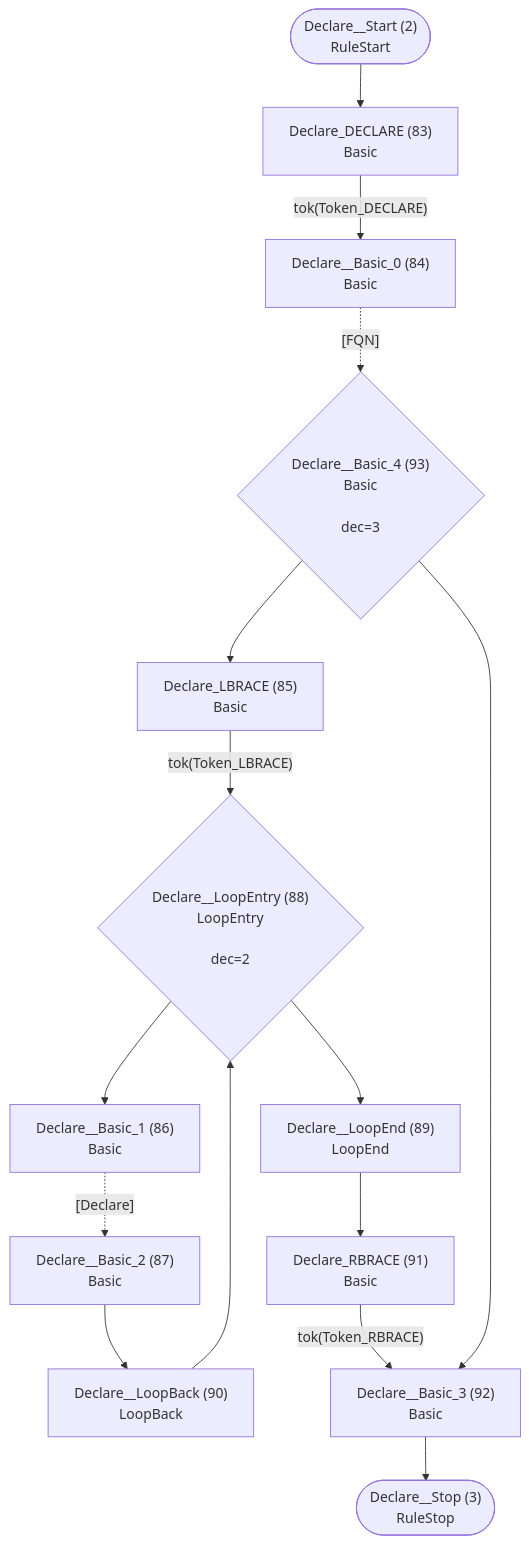
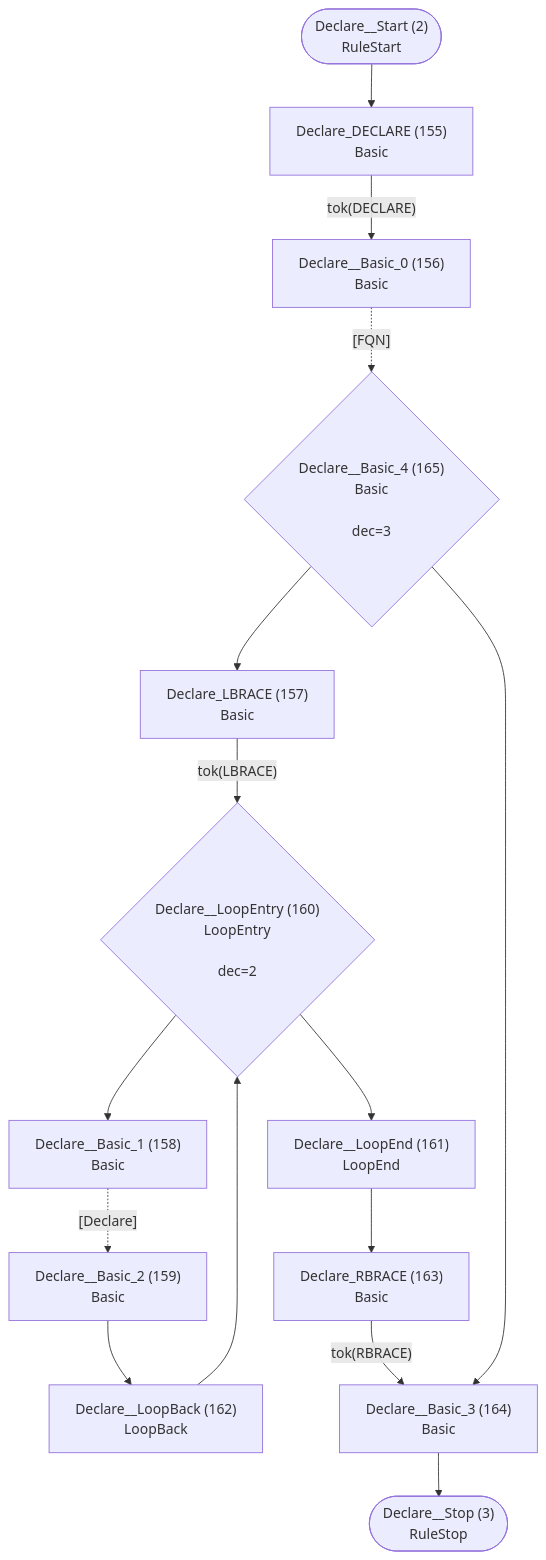
One commit to TypeFox/fastbelt changed the second of 46 diagrams in internal/languages/completion/atn.md. Above: the diagram before and after it, drawn with Mermaid. The commit also changed other lines of this file and 58 other files, not shown here.

````diff
--- a/internal/languages/completion/atn.md
+++ b/internal/languages/completion/atn.md
@@ -105,31 +170,31 @@
 ```mermaid
 flowchart TD
     q2(["Declare__Start (2)<br/>RuleStart"])
     q3(["Declare__Stop (3)<br/>RuleStop"])
-    q83["Declare_DECLARE (83)<br/>Basic<br/>"]
-    q84["Declare__Basic_0 (84)<br/>Basic<br/>"]
-    q85["Declare_LBRACE (85)<br/>Basic<br/>"]
-    q86["Declare__Basic_1 (86)<br/>Basic<br/>"]
-    q87["Declare__Basic_2 (87)<br/>Basic<br/>"]
-    q88{"Declare__LoopEntry (88)<br/>LoopEntry<br/><br/>dec=2"}
-    q89["Declare__LoopEnd (89)<br/>LoopEnd<br/>"]
-    q90["Declare__LoopBack (90)<br/>LoopBack<br/>"]
-    q91["Declare_RBRACE (91)<br/>Basic<br/>"]
-    q92["Declare__Basic_3 (92)<br/>Basic<br/>"]
-    q93{"Declare__Basic_4 (93)<br/>Basic<br/><br/>dec=3"}
+    q155["Declare_DECLARE (155)<br/>Basic<br/>"]
+    q156["Declare__Basic_0 (156)<br/>Basic<br/>"]
+    q157["Declare_LBRACE (157)<br/>Basic<br/>"]
+    q158["Declare__Basic_1 (158)<br/>Basic<br/>"]
+    q159["Declare__Basic_2 (159)<br/>Basic<br/>"]
+    q160{"Declare__LoopEntry (160)<br/>LoopEntry<br/><br/>dec=2"}
+    q161["Declare__LoopEnd (161)<br/>LoopEnd<br/>"]
+    q162["Declare__LoopBack (162)<br/>LoopBack<br/>"]
+    q163["Declare_RBRACE (163)<br/>Basic<br/>"]
+    q164["Declare__Basic_3 (164)<br/>Basic<br/>"]
+    q165{"Declare__Basic_4 (165)<br/>Basic<br/><br/>dec=3"}
 
-    q2 --> q83
-    q83 -->|"tok(Token_DECLARE)"| q84
-    q84 -.->|"[FQN]"| q93
-    q85 -->|"tok(Token_LBRACE)"| q88
-    q86 -.->|"[Declare]"| q87
-    q87 --> q90
-    q88 --> q86
-    q88 --> q89
-    q89 --> q91
-    q90 --> q88
-    q91 -->|"tok(Token_RBRACE)"| q92
-    q92 --> q3
-    q93 --> q85
-    q93 --> q92
+    q2 --> q155
+    q155 -->|"tok(DECLARE)"| q156
+    q156 -.->|"[FQN]"| q165
+    q157 -->|"tok(LBRACE)"| q160
+    q158 -.->|"[Declare]"| q159
+    q159 --> q162
+    q160 --> q158
+    q160 --> q161
+    q161 --> q163
+    q162 --> q160
+    q163 -->|"tok(RBRACE)"| q164
+    q164 --> q3
+    q165 --> q157
+    q165 --> q164
 ```
````
